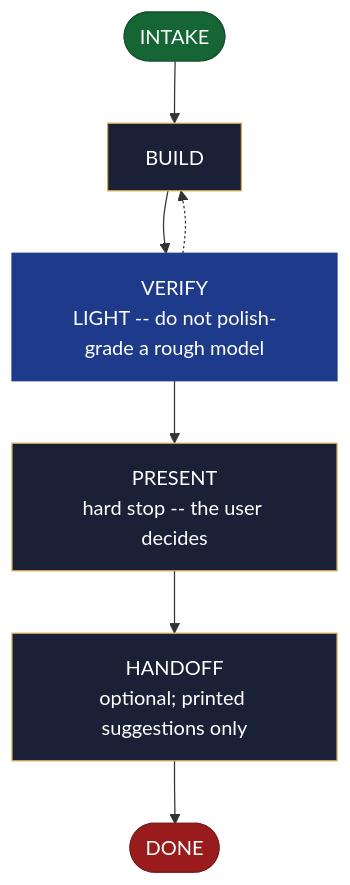
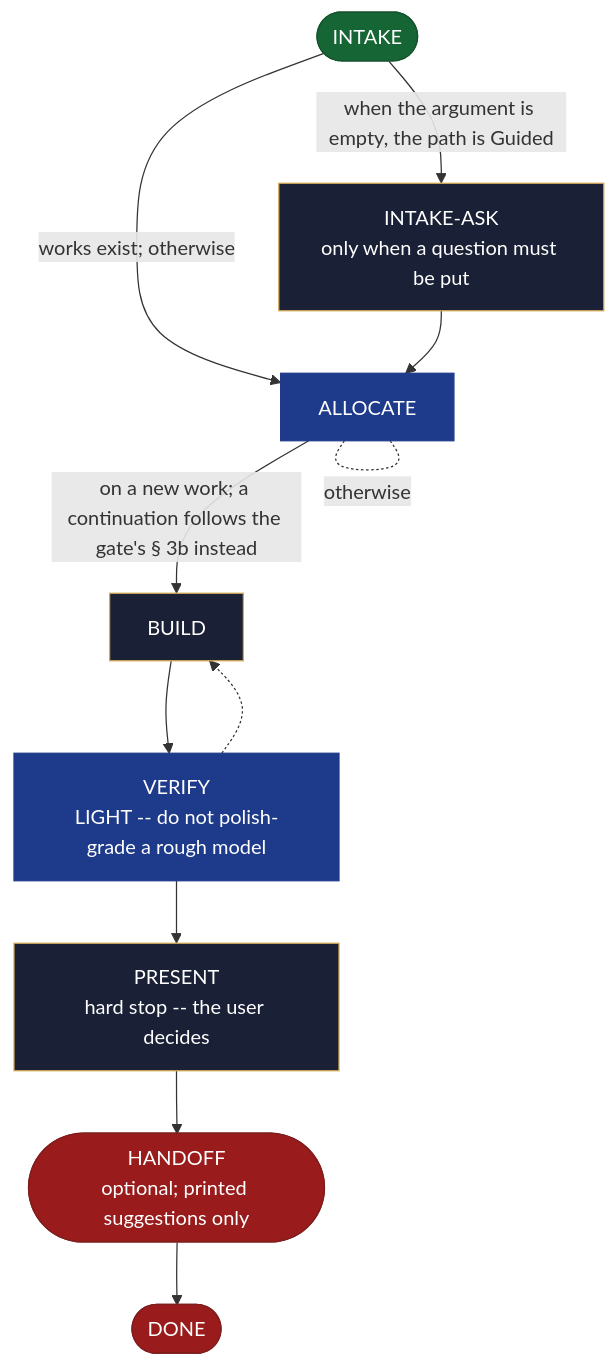
One commit to AndreVianna/aid-methodology changed the diagram in site/src/content/docs/skills/aid-prototype.md. Above: the diagram before and after it, drawn with Mermaid. The commit also changed other lines of this file and 51 other files, not shown here.

First line of the commit message:
task-044: fix round (starter skills: hand-off ASK then HALT, INTAKE split into check + ask, PROPOSE-SPIKE step, one ASK target per PRESENT; site flow tests follow)

````diff
--- a/site/src/content/docs/skills/aid-prototype.md
+++ b/site/src/content/docs/skills/aid-prototype.md
@@ -20,33 +20,43 @@
 ```mermaid
 flowchart TB
   classDef aidNode color:#fff
   classDef aidEntry fill:#166534,stroke:#14532d,color:#fff
   classDef aidExit fill:#991b1b,stroke:#7f1d1d,color:#fff
   classDef aidDecision fill:#92400e,stroke:#78350f,color:#fff
   classDef aidLoopBack fill:#1e3a8a,stroke:#1e3a8a,color:#fff
   classDef aidStep fill:#1a2035,stroke:#d4a853,color:#f1f5f9
   n1(["INTAKE"])
-  n2["BUILD"]
-  n3["VERIFY<br/>LIGHT -- do not polish-grade a rough model"]
-  n4["PRESENT<br/>hard stop -- the user decides"]
-  n5["HANDOFF<br/>optional; printed suggestions only"]
-  n6(["DONE"])
-  n1 --> n2
+  n2["INTAKE-ASK<br/>only when a question must be put"]
+  n3["ALLOCATE"]
+  n4["BUILD"]
+  n5["VERIFY<br/>LIGHT -- do not polish-grade a rough model"]
+  n6["PRESENT<br/>hard stop -- the user decides"]
+  n7(["HANDOFF<br/>optional; printed suggestions only"])
+  n8(["DONE"])
+  n1 -->|"when the argument is empty, the path is Guided"| n2
+  n1 -->|"works exist; otherwise"| n3
   n2 --> n3
-  n3 -.-> n2
-  n3 --> n4
+  n3 -. "otherwise" .- n3
+  n3 -->|"on a new work; a continuation follows the gate's § 3b instead"| n4
   n4 --> n5
+  n5 -.-> n4
   n5 --> n6
+  n6 --> n7
+  n7 --> n8
   class n1 aidEntry
   class n2 aidStep
   class n3 aidLoopBack
   class n4 aidStep
-  class n5 aidStep
-  class n6 aidExit
+  class n5 aidLoopBack
+  class n6 aidStep
+  class n7 aidExit
+  class n8 aidExit
   class n1 aidNode
   class n2 aidNode
   class n3 aidNode
   class n4 aidNode
   class n5 aidNode
   class n6 aidNode
+  class n7 aidNode
+  class n8 aidNode
 ```
````
